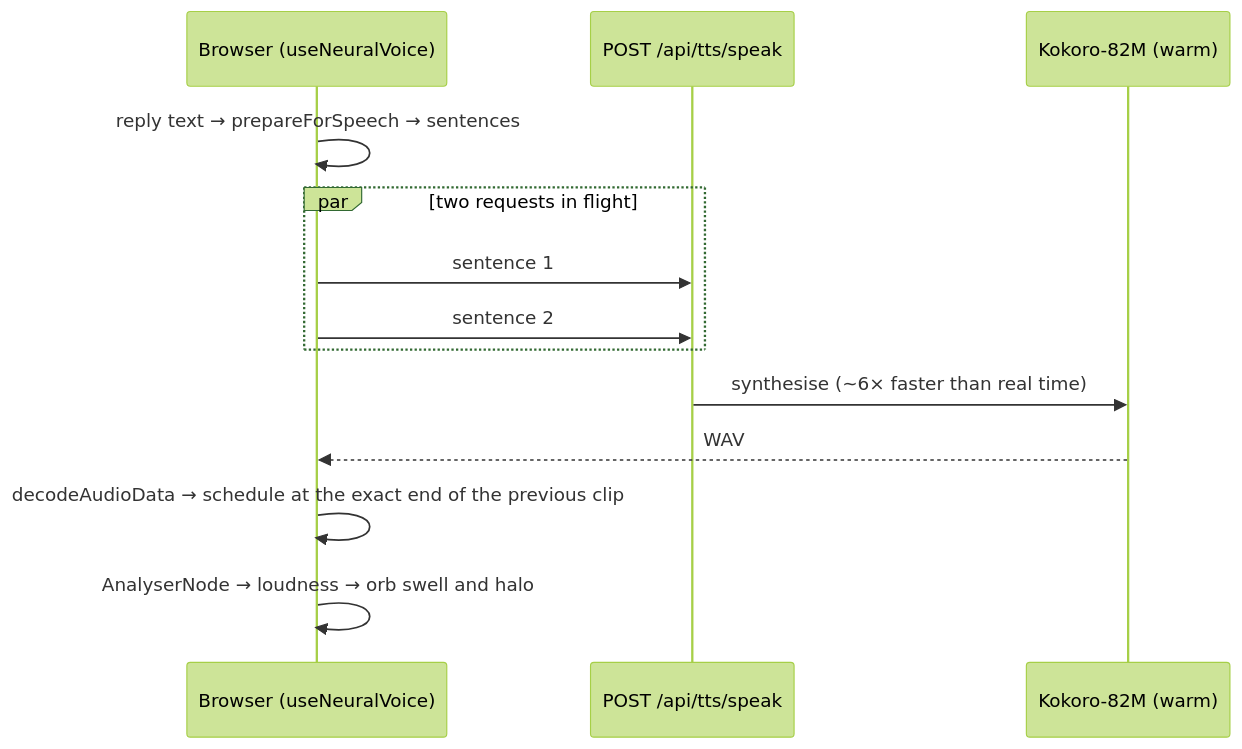
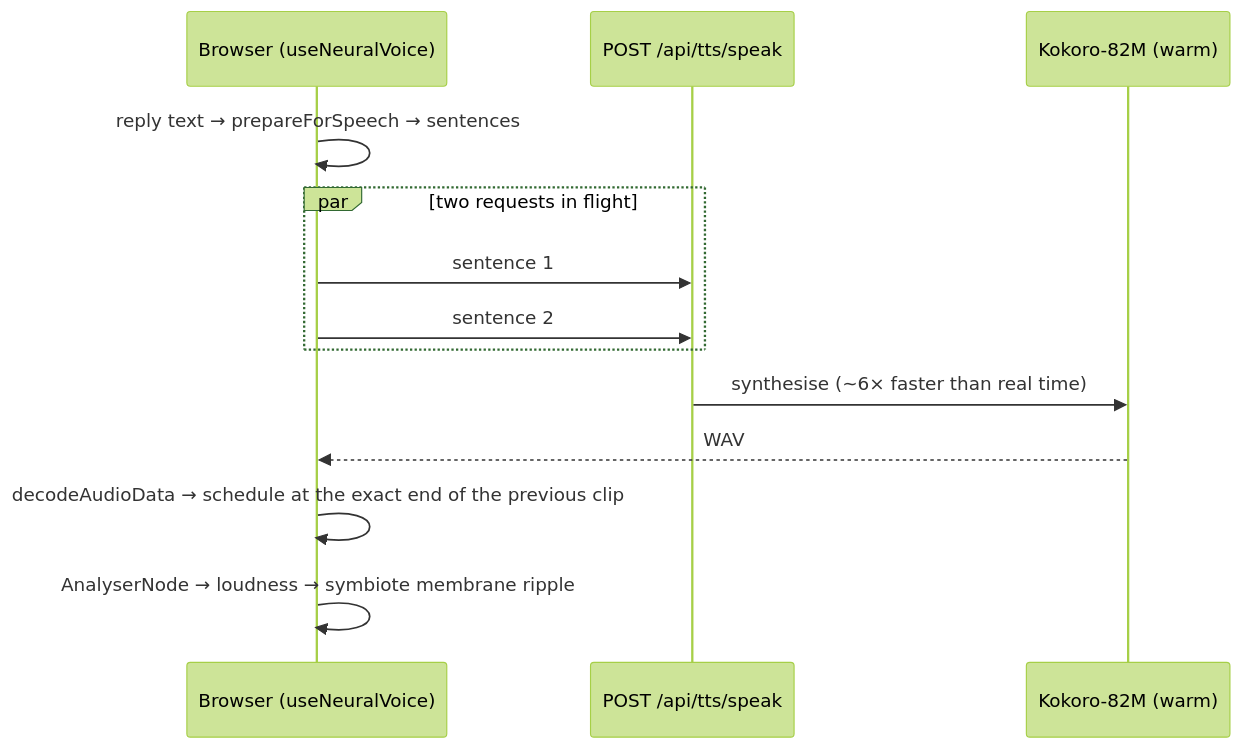
The fourth of 4 diagrams in docs/ARCHITECTURE.md (Piyuz-ui/aether), drawn with Mermaid (forest theme) before and after one commit. The commit also changed other lines of this file and 3 other files, not shown here.

First line of the commit message:
Replace the orb with a living amoeba-like symbiote

````diff
--- a/docs/ARCHITECTURE.md
+++ b/docs/ARCHITECTURE.md
@@ -247,15 +247,15 @@
 ```mermaid
 sequenceDiagram
     participant UI as Browser (useNeuralVoice)
     participant API as POST /api/tts/speak
     participant K as Kokoro-82M (warm)
     UI->>UI: reply text → prepareForSpeech → sentences
     par two requests in flight
         UI->>API: sentence 1
         UI->>API: sentence 2
     end
     API->>K: synthesise (~6× faster than real time)
     K-->>UI: WAV
     UI->>UI: decodeAudioData → schedule at the exact end of the previous clip
-    UI->>UI: AnalyserNode → loudness → orb swell and halo
+    UI->>UI: AnalyserNode → loudness → symbiote membrane ripple
 ```
````
